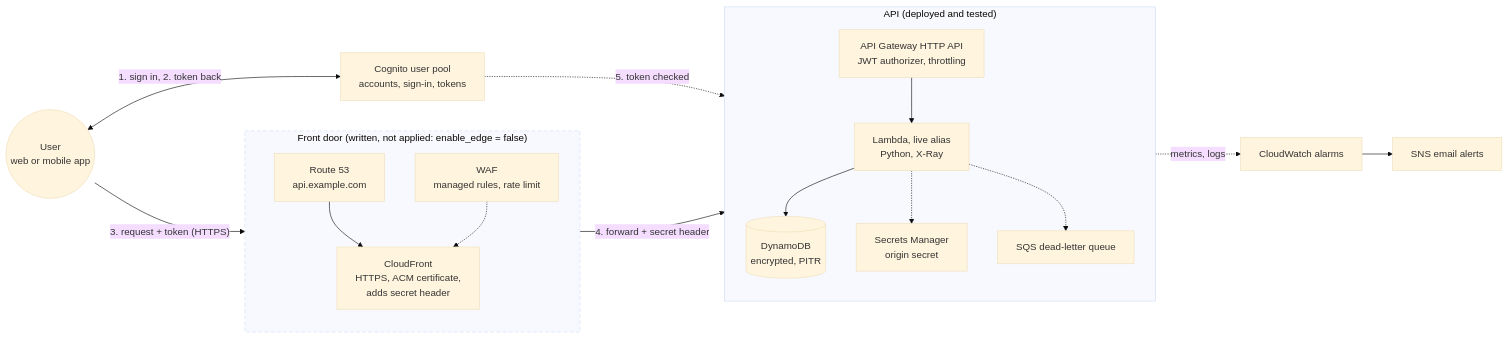
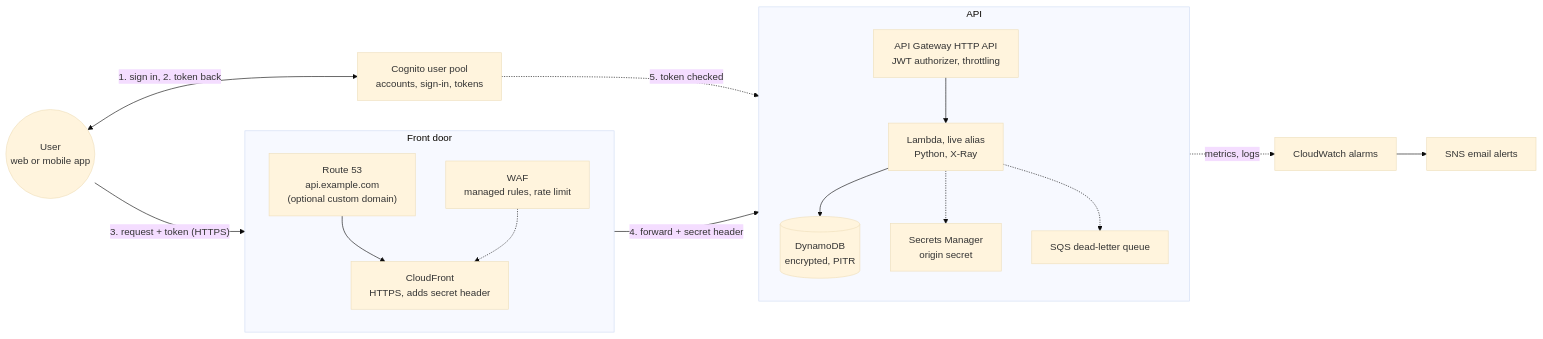
Before and after one commit to Duna-Devo/Cloud-devops-portfolio: the third of 5 diagrams in README.md, drawn with Mermaid (base theme). The commit also changed other lines of this file and 3 other files, not shown here.

````diff
--- a/README.md
+++ b/README.md
@@ -131,37 +131,35 @@
 ```mermaid
 flowchart LR
     User(("User<br/>web or mobile app"))
     Cognito["Cognito user pool<br/>accounts, sign-in, tokens"]
 
-    subgraph EDGE["Front door (written, not applied: enable_edge = false)"]
+    subgraph EDGE["Front door"]
         direction TB
-        R53["Route 53<br/>api.example.com"]
-        CF["CloudFront<br/>HTTPS, ACM certificate,<br/>adds secret header"]
+        R53["Route 53<br/>api.example.com<br/>(optional custom domain)"]
+        CF["CloudFront<br/>HTTPS, adds secret header"]
         WAF["WAF<br/>managed rules, rate limit"]
         R53 --> CF
         WAF -.-> CF
     end
 
-    subgraph CORE["API (deployed and tested)"]
+    subgraph CORE["API"]
         direction TB
         APIGW["API Gateway HTTP API<br/>JWT authorizer, throttling"]
         Lambda["Lambda, live alias<br/>Python, X-Ray"]
         DDB[("DynamoDB<br/>encrypted, PITR")]
         SM["Secrets Manager<br/>origin secret"]
         DLQ["SQS dead-letter queue"]
         APIGW --> Lambda
         Lambda --> DDB
         Lambda -.-> SM
         Lambda -.-> DLQ
     end
 
     CW["CloudWatch alarms"] --> SNS["SNS email alerts"]
 
     User <-->|"1. sign in, 2. token back"| Cognito
     User -->|"3. request + token (HTTPS)"| R53
     CF -->|"4. forward + secret header"| APIGW
     Cognito -.->|"5. token checked"| APIGW
     CORE -.->|"metrics, logs"| CW
-
-    style EDGE stroke-dasharray: 6 4
 ```
````
